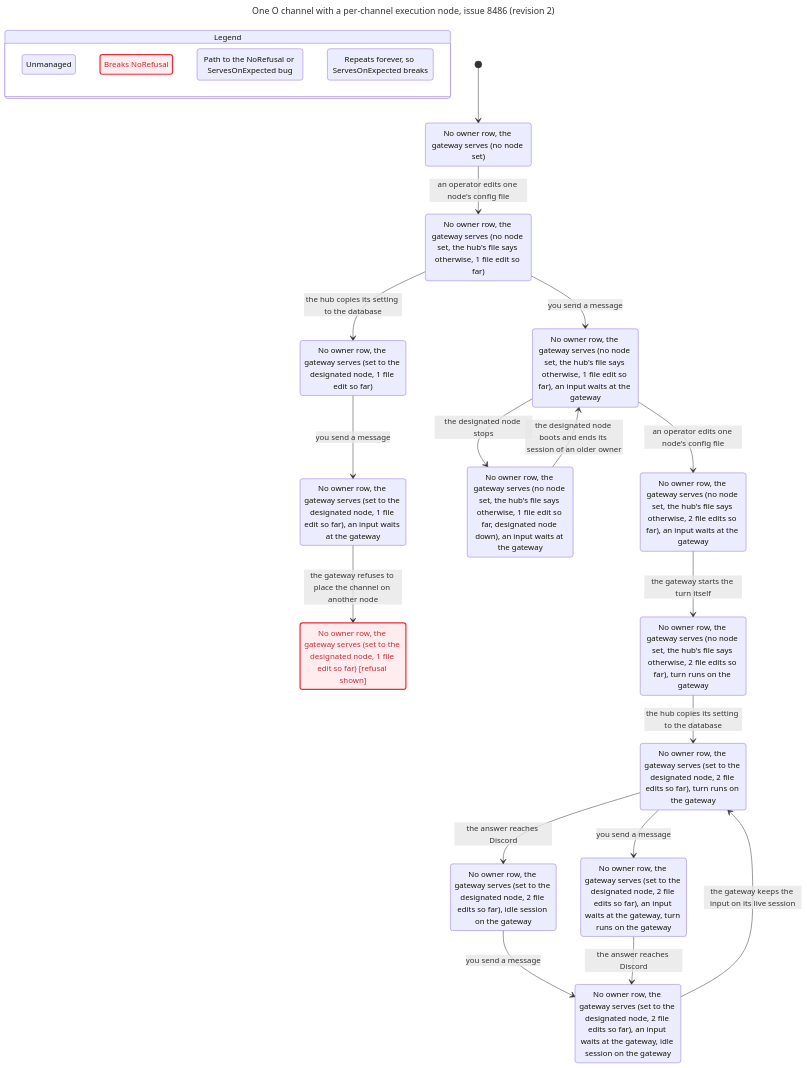
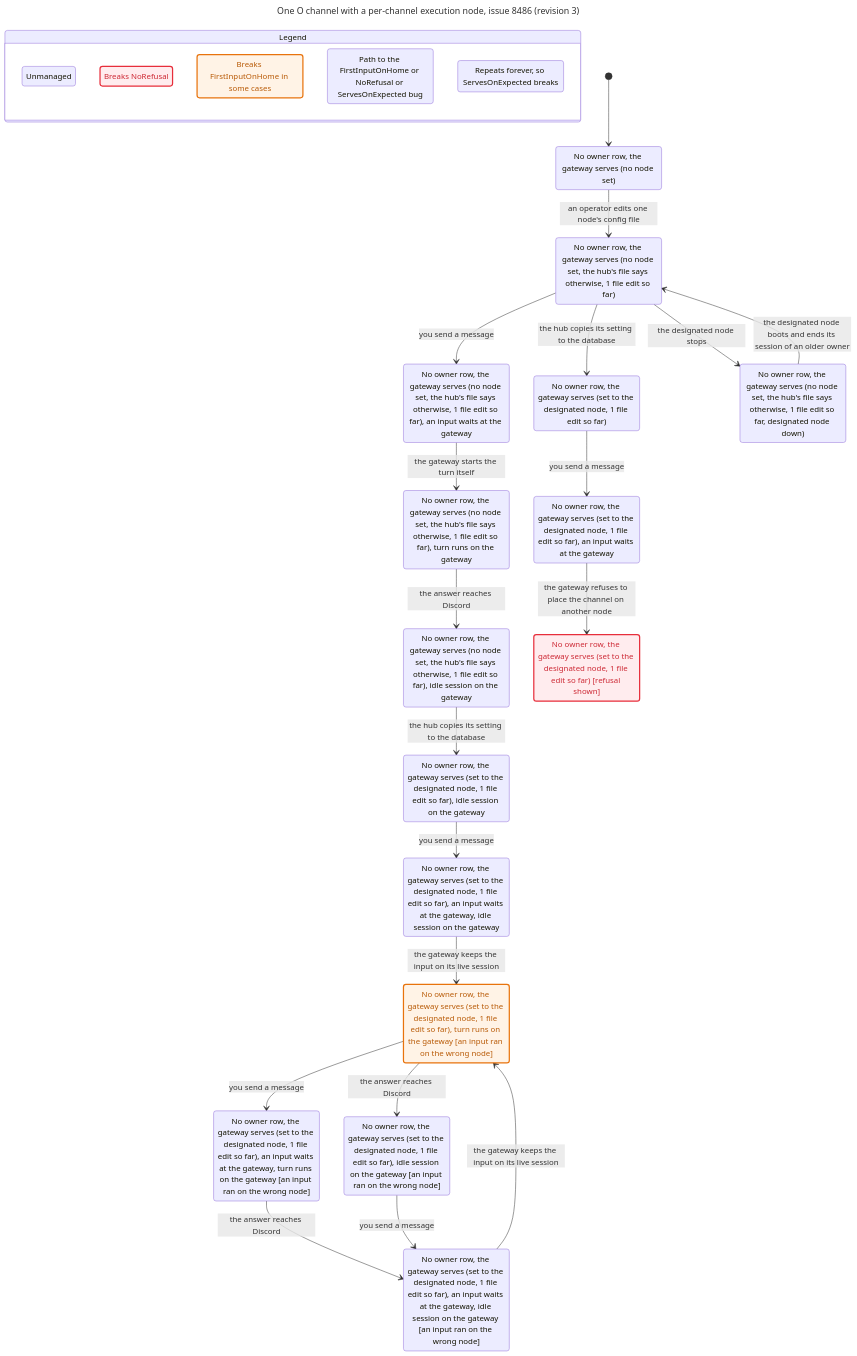
Before and after one commit to itismyfield/AgentDesk: the diagram in docs/statecharts/gateway-lease/channel-home-before.chart.mmd, drawn with Mermaid. The commit also changed 41 other files, not shown here.

```diff
--- a/docs/statecharts/gateway-lease/channel-home-before.chart.mmd
+++ b/docs/statecharts/gateway-lease/channel-home-before.chart.mmd
@@ -1,74 +1,84 @@
 ---
-title: "One O channel with a per-channel execution node, issue 8486 (revision 2)"
+title: "One O channel with a per-channel execution node, issue 8486 (revision 3)"
 ---
 stateDiagram-v2
   state "Legend" as legend {
     lg0: Unmanaged
     lg1: Breaks NoRefusal
-    lg2: Path to the NoRefusal or ServesOnExpected bug
-    lg3: Repeats forever, so ServesOnExpected breaks
+    lg2: Breaks FirstInputOnHome in some cases
+    lg3: Path to the FirstInputOnHome or NoRefusal or ServesOnExpected bug
+    lg4: Repeats forever, so ServesOnExpected breaks
   }
   class lg0 tan
   class lg1 breaks
-  class lg2 bugPath
-  class lg3 repeats
+  class lg2 mayBreak
+  class lg3 bugPath
+  class lg4 repeats
   s0: No owner row, the gateway serves (no node set)
   s1: No owner row, the gateway serves (no node set, the hub's file says otherwise, 1 file edit so far)
   s2: No owner row, the gateway serves (no node set, the hub's file says otherwise, 1 file edit so far), an input waits at the gateway
   s3: No owner row, the gateway serves (set to the designated node, 1 file edit so far)
-  s4: No owner row, the gateway serves (set to the designated node, 1 file edit so far), an input waits at the gateway
-  s5: No owner row, the gateway serves (no node set, the hub's file says otherwise, 1 file edit so far, designated node down), an input waits at the gateway
-  s6: No owner row, the gateway serves (set to the designated node, 1 file edit so far) [refusal shown]
-  s7: No owner row, the gateway serves (no node set, the hub's file says otherwise, 2 file edits so far), an input waits at the gateway
-  s8: No owner row, the gateway serves (no node set, the hub's file says otherwise, 2 file edits so far), turn runs on the gateway
-  s9: No owner row, the gateway serves (set to the designated node, 2 file edits so far), turn runs on the gateway
-  s10: No owner row, the gateway serves (set to the designated node, 2 file edits so far), idle session on the gateway
-  s11: No owner row, the gateway serves (set to the designated node, 2 file edits so far), an input waits at the gateway, idle session on the gateway
-  s12: No owner row, the gateway serves (set to the designated node, 2 file edits so far), an input waits at the gateway, turn runs on the gateway
+  s4: No owner row, the gateway serves (no node set, the hub's file says otherwise, 1 file edit so far, designated node down)
+  s5: No owner row, the gateway serves (no node set, the hub's file says otherwise, 1 file edit so far), turn runs on the gateway
+  s6: No owner row, the gateway serves (set to the designated node, 1 file edit so far), an input waits at the gateway
+  s7: No owner row, the gateway serves (no node set, the hub's file says otherwise, 1 file edit so far), idle session on the gateway
+  s8: No owner row, the gateway serves (set to the designated node, 1 file edit so far) [refusal shown]
+  s9: No owner row, the gateway serves (set to the designated node, 1 file edit so far), idle session on the gateway
+  s10: No owner row, the gateway serves (set to the designated node, 1 file edit so far), an input waits at the gateway, idle session on the gateway
+  s11: No owner row, the gateway serves (set to the designated node, 1 file edit so far), turn runs on the gateway [an input ran on the wrong node]
+  s12: No owner row, the gateway serves (set to the designated node, 1 file edit so far), an input waits at the gateway, turn runs on the gateway [an input ran on the wrong node]
+  s13: No owner row, the gateway serves (set to the designated node, 1 file edit so far), an input waits at the gateway, idle session on the gateway [an input ran on the wrong node]
+  s14: No owner row, the gateway serves (set to the designated node, 1 file edit so far), idle session on the gateway [an input ran on the wrong node]
   [*] --> s0
   s0 --> s1: an operator edits one node's config file
   s1 --> s2: you send a message
   s1 --> s3: the hub copies its setting to the database
-  s2 --> s5: the designated node stops
-  s3 --> s4: you send a message
-  s4 --> s6: the gateway refuses to place the channel on another node
-  s5 --> s2: the designated node boots and ends its session of an older owner
-  s2 --> s7: an operator edits one node's config file
-  s7 --> s8: the gateway starts the turn itself
-  s8 --> s9: the hub copies its setting to the database
-  s9 --> s10: the answer reaches Discord
-  s10 --> s11: you send a message
-  s11 --> s9: the gateway keeps the input on its live session
-  s9 --> s12: you send a message
-  s12 --> s11: the answer reaches Discord
+  s1 --> s4: the designated node stops
+  s2 --> s5: the gateway starts the turn itself
+  s3 --> s6: you send a message
+  s4 --> s1: the designated node boots and ends its session of an older owner
+  s5 --> s7: the answer reaches Discord
+  s6 --> s8: the gateway refuses to place the channel on another node
+  s7 --> s9: the hub copies its setting to the database
+  s9 --> s10: you send a message
+  s10 --> s11: the gateway keeps the input on its live session
+  s11 --> s12: you send a message
+  s12 --> s13: the answer reaches Discord
+  s13 --> s11: the gateway keeps the input on its live session
+  s11 --> s14: the answer reaches Discord
+  s14 --> s13: you send a message
   classDef breaks fill:#ffecee,stroke:#e72e3b,stroke-width:2.5px,color:#cd2834
+  classDef mayBreak fill:#fff3e6,stroke:#e8730c,stroke-width:2.5px,color:#b85a06
   class s0 tan
   class s0 bugPath
   class s1 tan
   class s1 bugPath
   class s2 tan
   class s2 bugPath
   class s3 tan
   class s3 bugPath
   class s4 tan
   class s4 bugPath
   class s5 tan
   class s5 bugPath
   class s6 tan
-  class s6 breaks
   class s6 bugPath
   class s7 tan
   class s7 bugPath
   class s8 tan
+  class s8 breaks
   class s8 bugPath
   class s9 tan
   class s9 bugPath
-  class s9 repeats
   class s10 tan
   class s10 bugPath
-  class s10 repeats
   class s11 tan
+  class s11 mayBreak
   class s11 bugPath
   class s11 repeats
   class s12 tan
   class s12 repeats
+  class s13 tan
+  class s13 repeats
+  class s14 tan
+  class s14 repeats
```
